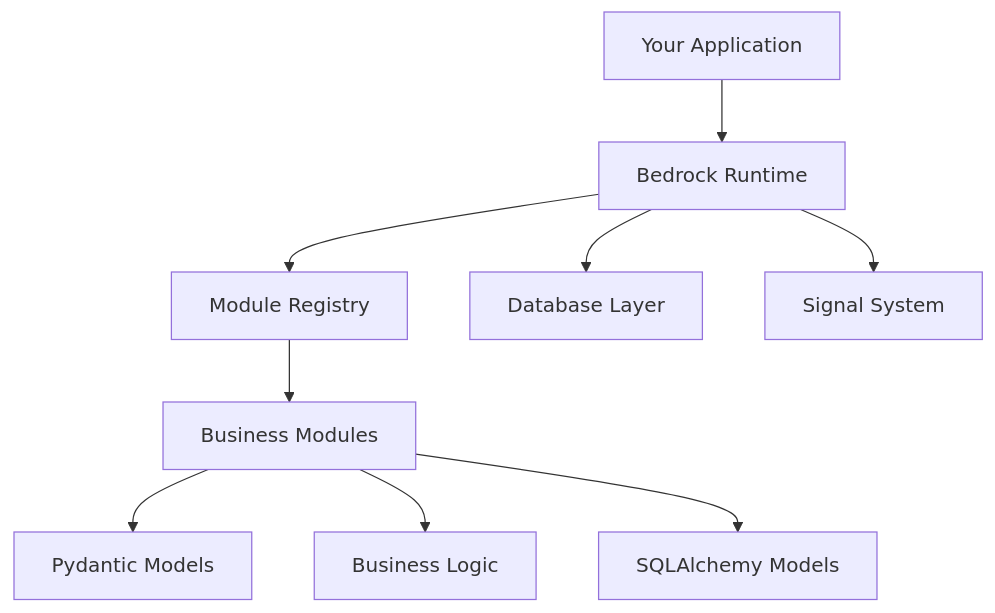
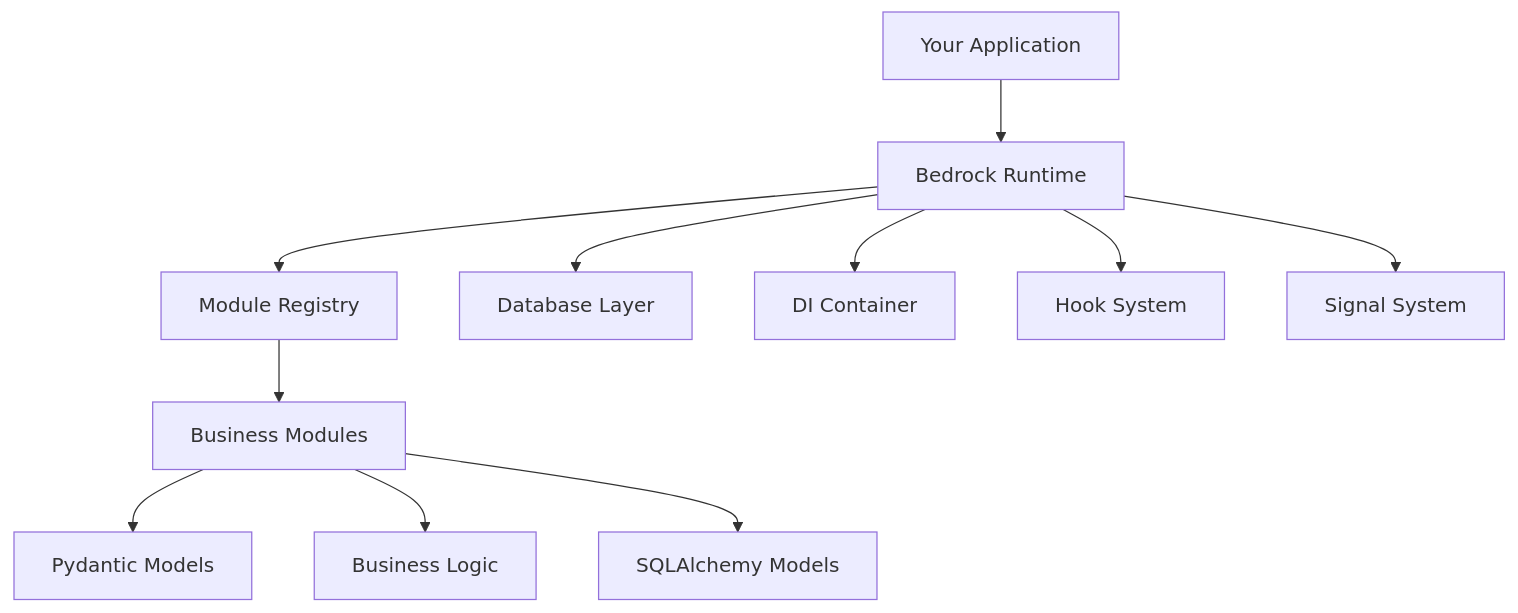
The diagram in docs-web/content/docs/en/(bedrock)/getting-started/overview.mdx (maacck/bedrock-py), drawn with Mermaid before and after one commit. The commit also changed other lines of this file and 17 other files, not shown here.

First line of the commit message:
docs(bedrock): document DI and hook system

````diff
--- a/docs-web/content/docs/en/(bedrock)/getting-started/overview.mdx
+++ b/docs-web/content/docs/en/(bedrock)/getting-started/overview.mdx
@@ -71,12 +75,14 @@
 ```mermaid
 graph TB
     App[Your Application] --> Bedrock[Bedrock Runtime]
     Bedrock --> Registry[Module Registry]
     Bedrock --> DB[Database Layer]
+    Bedrock --> DI[DI Container]
+    Bedrock --> HookSys[Hook System]
     Bedrock --> Signal[Signal System]
 
     Registry --> Modules[Business Modules]
     Modules --> Entities[Pydantic Models]
     Modules --> Services[Business Logic]
     Modules --> Models[SQLAlchemy Models]
 ```
````
